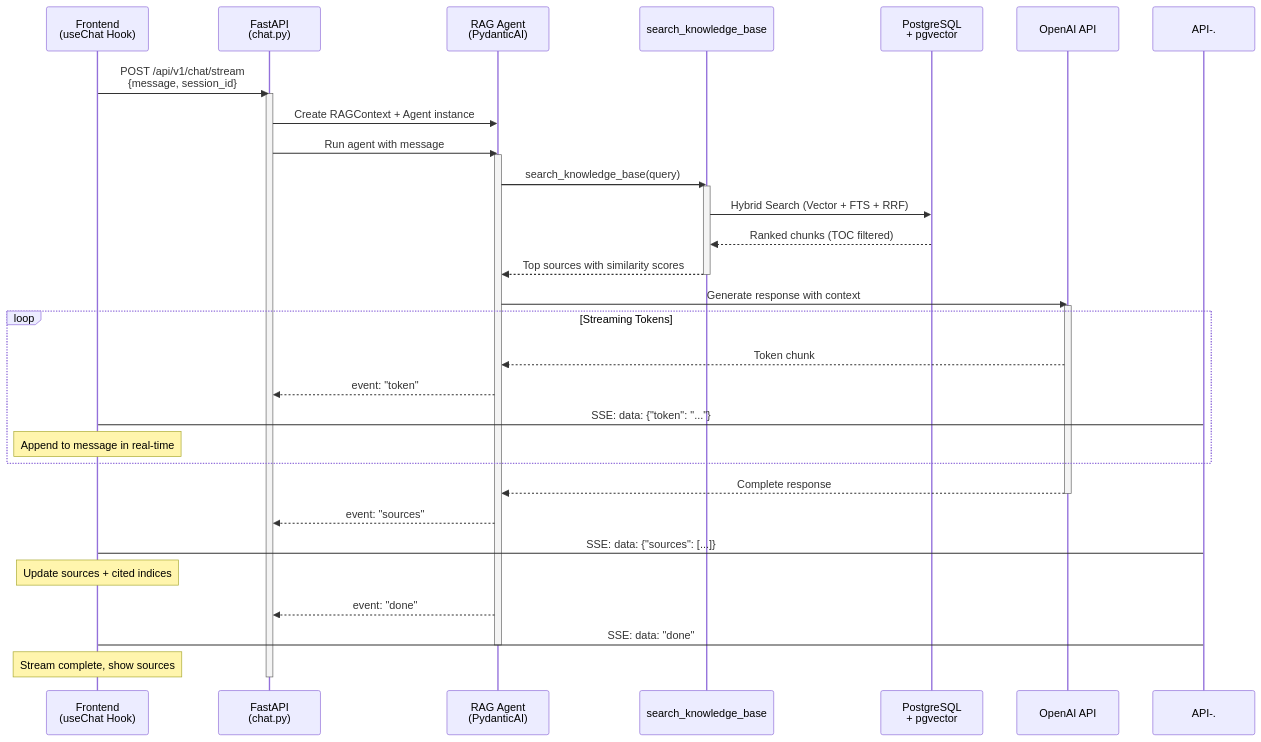
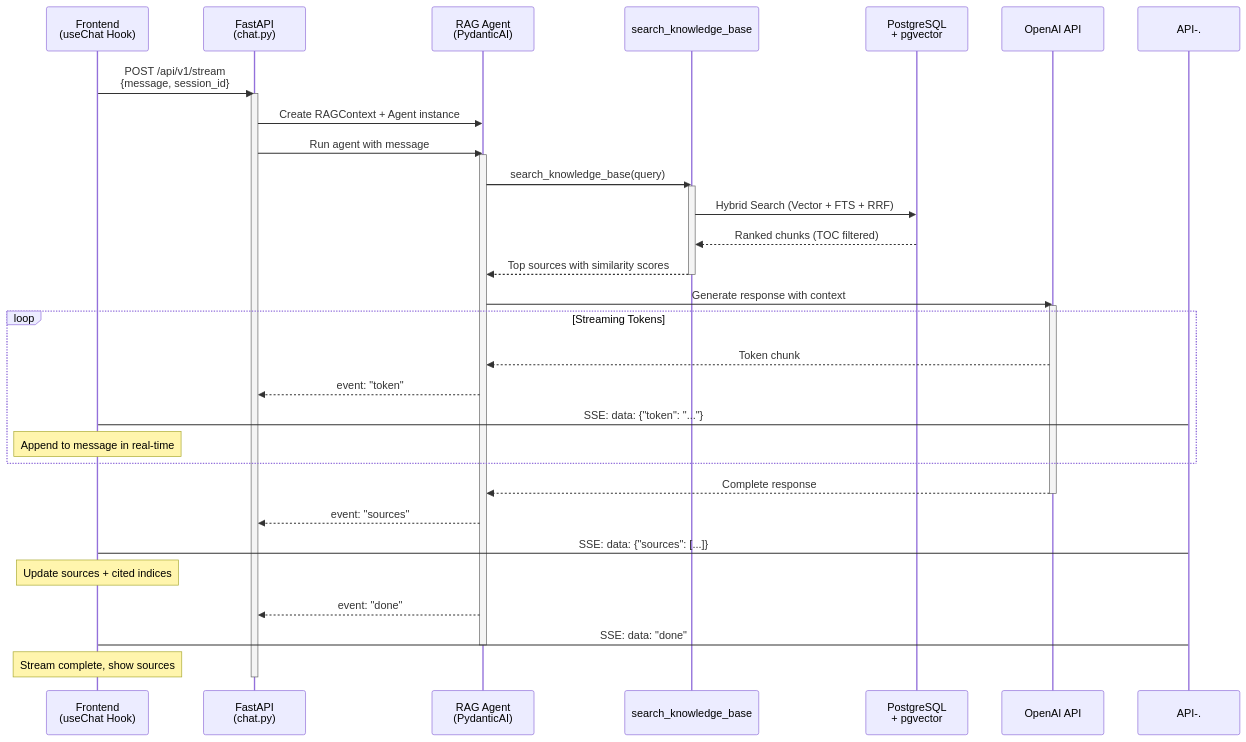
Before and after one commit to ggustin93/nextjs-fastapi-rag: the third of 4 diagrams in README.md, drawn with Mermaid. The commit also changed other lines of this file and 2 other files, not shown here.

First line of the commit message:
docs: update README and .env.example for new architecture

````diff
--- a/README.md
+++ b/README.md
@@ -164,47 +164,47 @@
 ```mermaid
 sequenceDiagram
     participant FE as Frontend<br/>(useChat Hook)
     participant API as FastAPI<br/>(chat.py)
     participant Agent as RAG Agent<br/>(PydanticAI)
     participant Tools as search_knowledge_base
     participant DB as PostgreSQL<br/>+ pgvector
     participant LLM as OpenAI API
 
-    FE->>API: POST /api/v1/chat/stream<br/>{message, session_id}
+    FE->>API: POST /api/v1/stream<br/>{message, session_id}
     activate API
 
     API->>Agent: Create RAGContext + Agent instance
     API->>Agent: Run agent with message
     activate Agent
 
     Agent->>Tools: search_knowledge_base(query)
     activate Tools
     Tools->>DB: Hybrid Search (Vector + FTS + RRF)
     DB-->>Tools: Ranked chunks (TOC filtered)
     Tools-->>Agent: Top sources with similarity scores
     deactivate Tools
 
     Agent->>LLM: Generate response with context
     activate LLM
 
     loop Streaming Tokens
         LLM-->>Agent: Token chunk
         Agent-->>API: event: "token"
         API-.->FE: SSE: data: {"token": "..."}
         Note over FE: Append to message in real-time
     end
 
     LLM-->>Agent: Complete response
     deactivate LLM
 
     Agent-->>API: event: "sources"
     API-.->FE: SSE: data: {"sources": [...]}
     Note over FE: Update sources + cited indices
 
     Agent-->>API: event: "done"
     API-.->FE: SSE: data: "done"
     deactivate Agent
 
     Note over FE: Stream complete, show sources
     deactivate API
 ```
````
